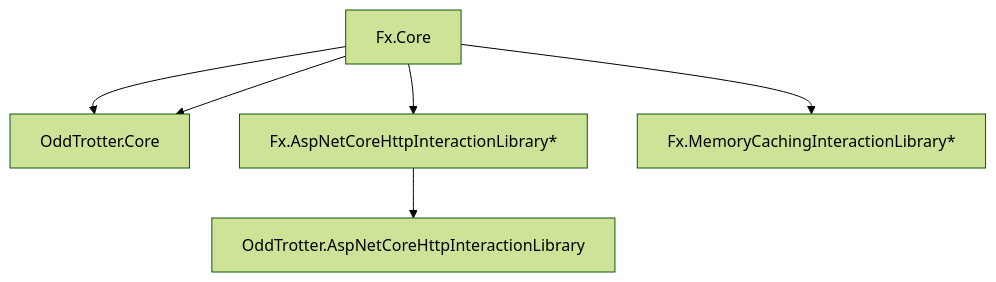
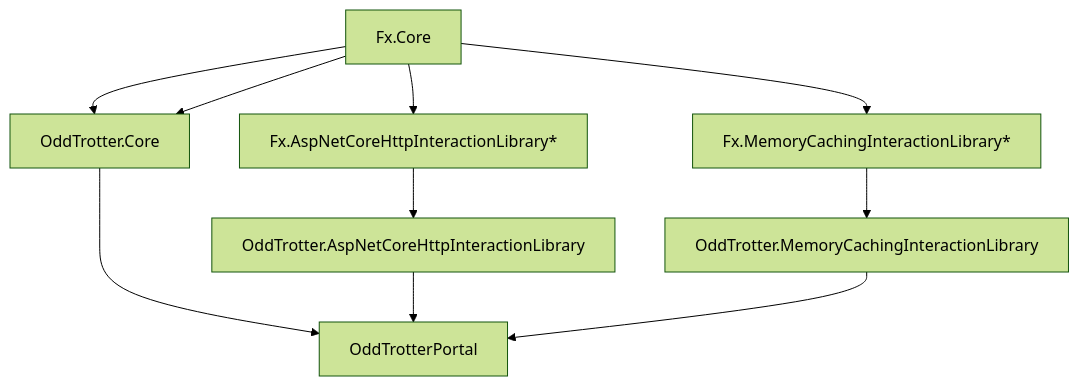
One commit to ravudet/OddTrotter2 changed the diagram in dependencies.md. Above: the diagram before and after it, drawn with Mermaid (forest theme).

````diff
--- a/dependencies.md
+++ b/dependencies.md
@@ -14,9 +14,13 @@
 ```mermaid
 graph TD;
     Fx.Core-->OddTrotter.Core;
     Fx.Core-->Fx.AspNetCoreHttpInteractionLibrary*;
     Fx.Core-->Fx.MemoryCachingInteractionLibrary*;
 
     Fx.Core-->OddTrotter.Core;
     Fx.AspNetCoreHttpInteractionLibrary*-->OddTrotter.AspNetCoreHttpInteractionLibrary;
+    Fx.MemoryCachingInteractionLibrary*-->OddTrotter.MemoryCachingInteractionLibrary;
+    OddTrotter.Core-->OddTrotterPortal;
+    OddTrotter.AspNetCoreHttpInteractionLibrary-->OddTrotterPortal;
+    OddTrotter.MemoryCachingInteractionLibrary-->OddTrotterPortal;
 ```
````
